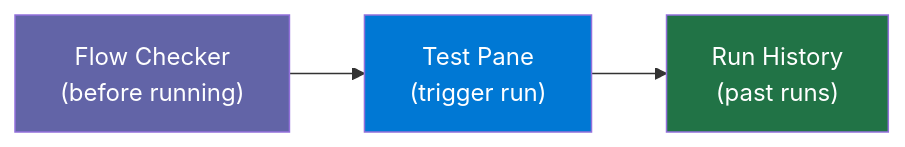
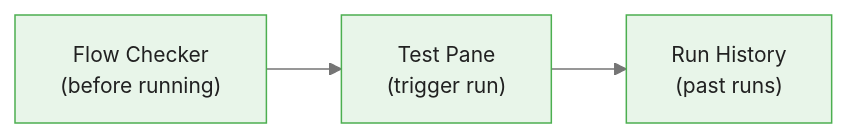
Before and after one commit to m-deane/course-creator: the second of 6 diagrams in courses/power-automate/modules/module_01_first_cloud_flow/guides/02_testing_debugging_slides.md, drawn with Mermaid. The commit also changed other lines of this file and 72 other files, not shown here.

````diff
--- a/courses/power-automate/modules/module_01_first_cloud_flow/guides/02_testing_debugging_slides.md
+++ b/courses/power-automate/modules/module_01_first_cloud_flow/guides/02_testing_debugging_slides.md
@@ -77,7 +83,5 @@
 ```mermaid
+%%{init: {"theme": "base", "themeVariables": {"primaryColor": "#e8f5e9", "primaryBorderColor": "#4caf50", "primaryTextColor": "#212121", "secondaryColor": "#e3f2fd", "tertiaryColor": "#fff8e1", "lineColor": "#757575", "fontFamily": "Inter, sans-serif", "fontSize": "14px"}}}%%
 graph LR
     FC["Flow Checker\n(before running)"] --> T["Test Pane\n(trigger run)"] --> RH["Run History\n(past runs)"]
-    style FC fill:#6264A7,color:#fff
-    style T fill:#0078D4,color:#fff
-    style RH fill:#217346,color:#fff
 ```
````
